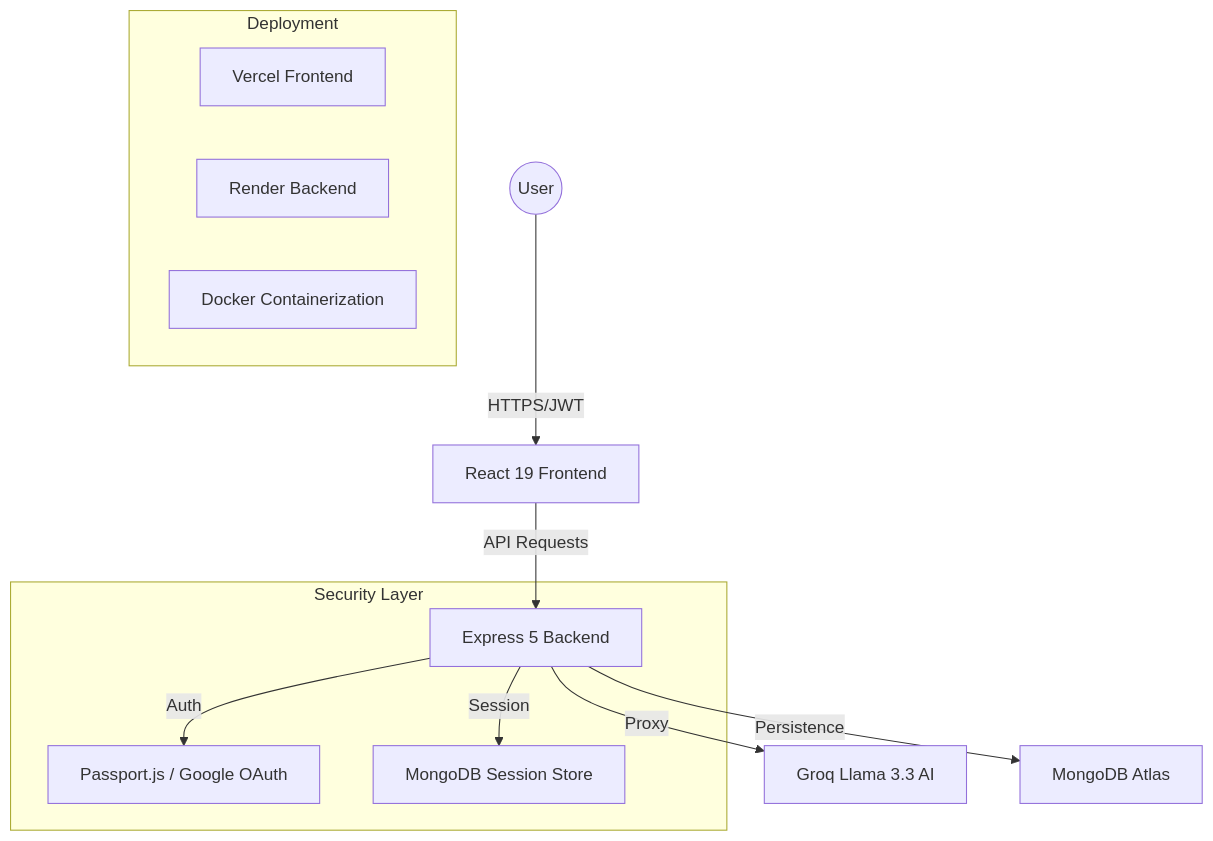
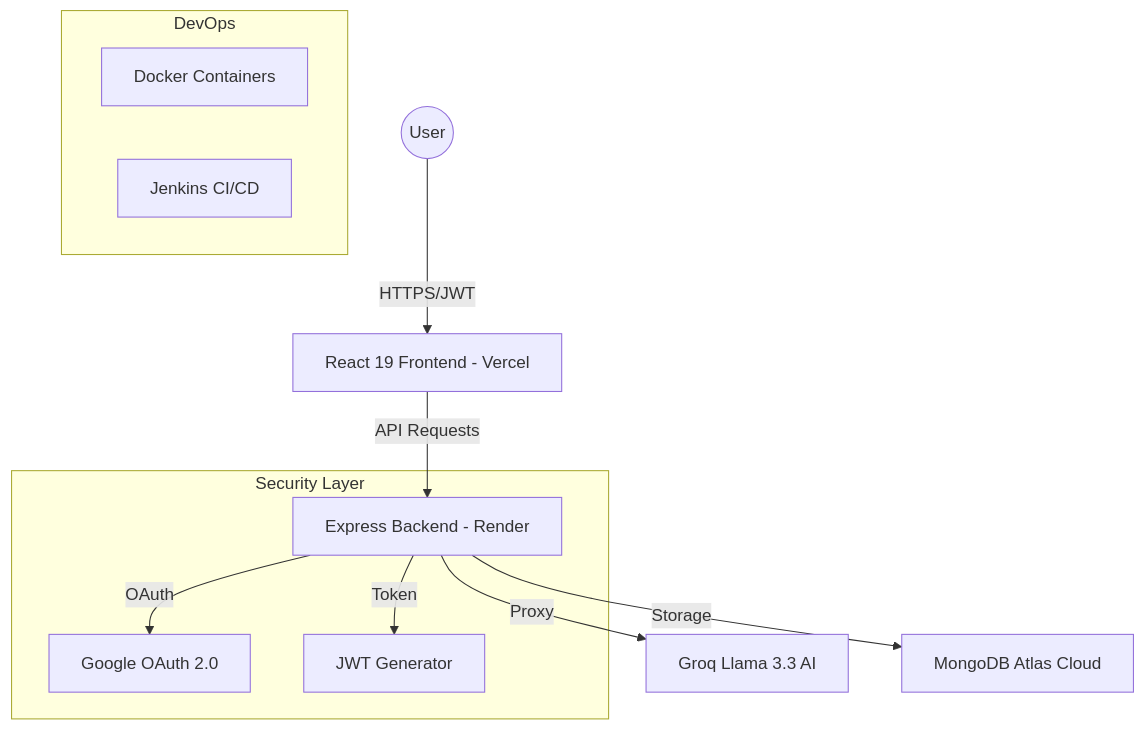
One commit to Ravikiranreddybada/toolforge changed the diagram in README.md. Above: the diagram before and after it, drawn with Mermaid. The commit also changed other lines of this file, not shown here.

````diff
--- a/README.md
+++ b/README.md
@@ -82,19 +81,18 @@
 ```mermaid
 graph TD
-  User((User)) -->|HTTPS/JWT| FE[React 19 Frontend]
-  FE -->|API Requests| BE[Express 5 Backend]
+  User((User)) -->|HTTPS/JWT| FE[React 19 Frontend - Vercel]
+  FE -->|API Requests| BE[Express Backend - Render]
   
   subgraph Security Layer
-    BE -->|Auth| Passport[Passport.js / Google OAuth]
-    BE -->|Session| MongoStore[MongoDB Session Store]
+    BE -->|OAuth| Passport[Google OAuth 2.0]
+    BE -->|Token| JWT[JWT Generator]
   end
 
   BE -->|Proxy| Groq[Groq Llama 3.3 AI]
-  BE -->|Persistence| Atlas[MongoDB Atlas]
+  BE -->|Storage| Atlas[MongoDB Atlas Cloud]
   
-  subgraph Deployment
-    Vercel[Vercel Frontend]
-    Render[Render Backend]
-    Docker[Docker Containerization]
+  subgraph DevOps
+    Docker[Docker Containers]
+    Jenkins[Jenkins CI/CD]
   end
 ```
````
